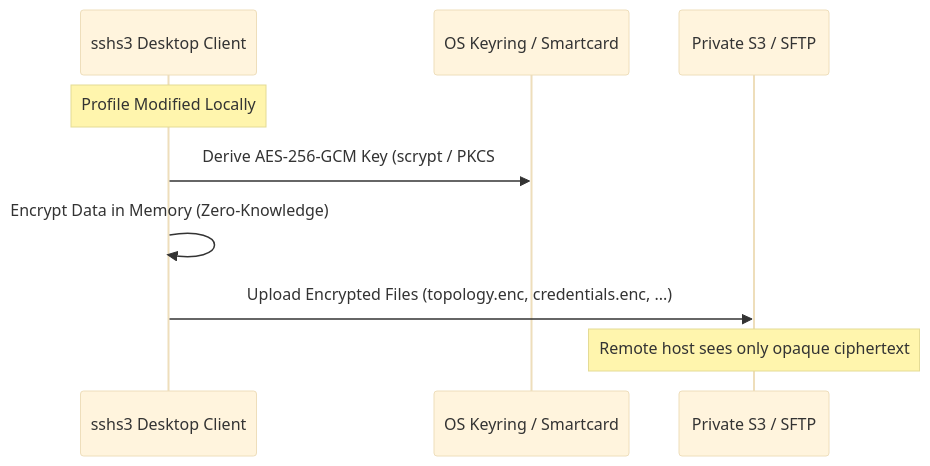
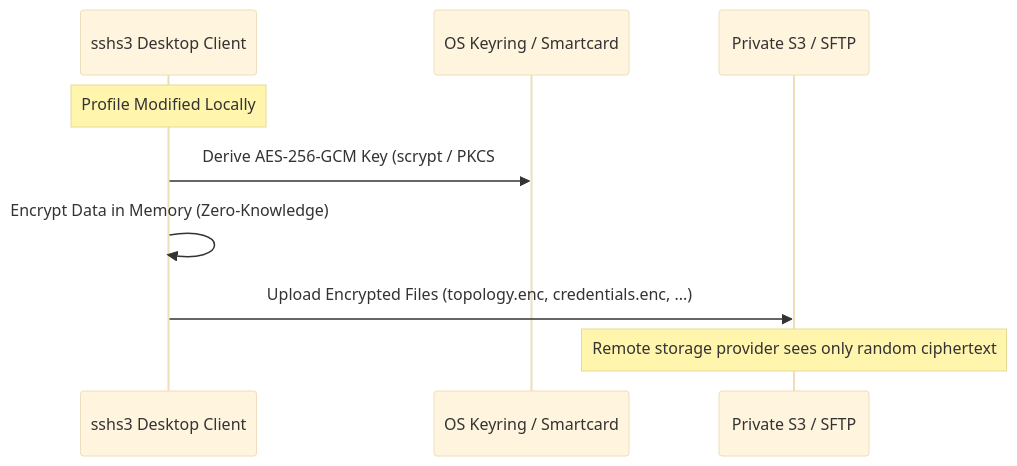
Before and after one commit to alun-hub/sshs3: the diagram in docs/user-guide/sync-environment.md, drawn with Mermaid (base theme). The commit also changed other lines of this file and 14 other files, not shown here.

````diff
--- a/docs/user-guide/sync-environment.md
+++ b/docs/user-guide/sync-environment.md
@@ -46,12 +34,12 @@
 ```mermaid
 sequenceDiagram
     participant App as sshs3 Desktop Client
     participant Keyring as OS Keyring / Smartcard
     participant Remote as Private S3 / SFTP
 
     Note over App: Profile Modified Locally
     App->>Keyring: Derive AES-256-GCM Key (scrypt / PKCS#11 Challenge)
     App->>App: Encrypt Data in Memory (Zero-Knowledge)
     App->>Remote: Upload Encrypted Files (topology.enc, credentials.enc, ...)
-    Note over Remote: Remote host sees only opaque ciphertext
+    Note over Remote: Remote storage provider sees only random ciphertext
 ```
````
